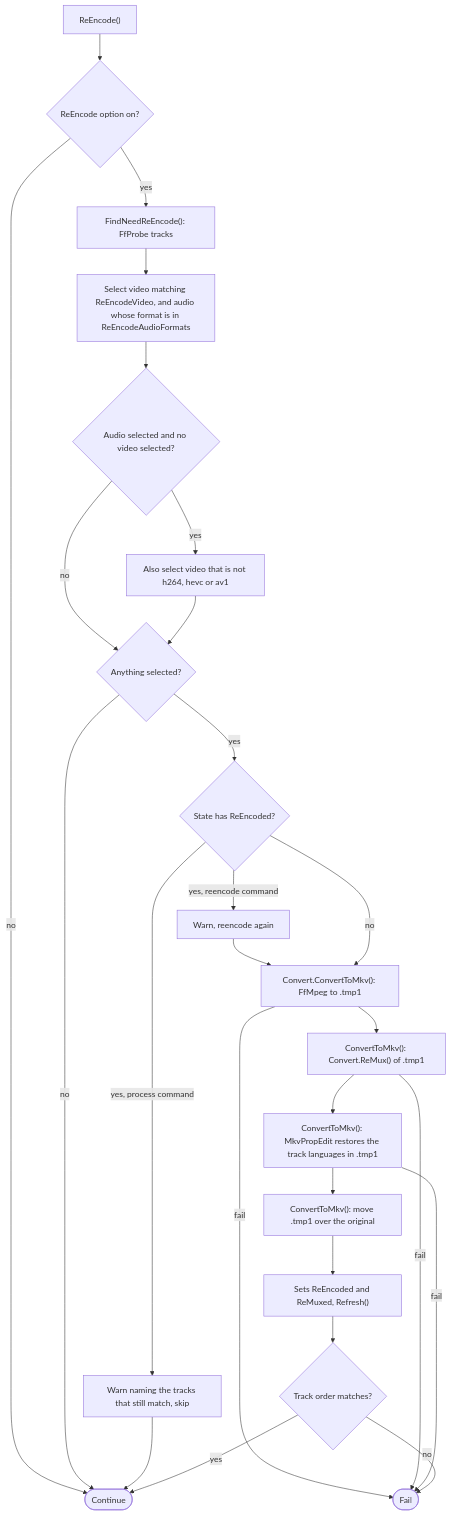
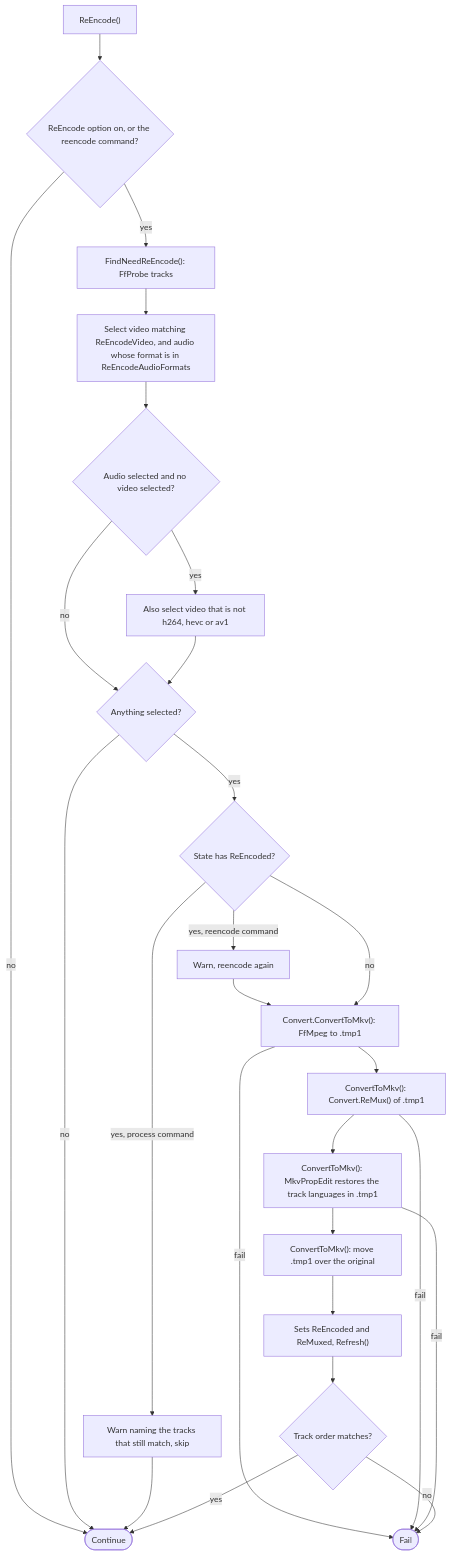
Diagram 18 of 19 in ARCHITECTURE.md (ptr727/PlexCleaner), drawn with Mermaid before and after one commit. The commit also changed other lines of this file, not shown here.

First line of the commit message:
Scope the Remux and Command Branches in ARCHITECTURE.md

````diff
--- a/ARCHITECTURE.md
+++ b/ARCHITECTURE.md
@@ -717,28 +717,28 @@
 ```mermaid
 flowchart TD
-  A0["ReEncode()"] --> A1{"ReEncode option on?"}
+  A0["ReEncode()"] --> A1{"ReEncode option on, or the reencode command?"}
   A1 -->|no| AOK(["Continue"])
   A1 -->|yes| S0["FindNeedReEncode(): FfProbe tracks"]
   S0 --> S1["Select video matching ReEncodeVideo, and audio whose format is in ReEncodeAudioFormats"]
   S1 --> S2{"Audio selected and no video selected?"}
   S2 -->|yes| S3["Also select video that is not h264, hevc or av1"]
   S2 -->|no| S4
   S3 --> S4{"Anything selected?"}
   S4 -->|no| AOK
   S4 -->|yes| S5{"State has ReEncoded?"}
   S5 -->|"yes, process command"| SKIP["Warn naming the tracks that still match, skip"]
   SKIP --> AOK
   S5 -->|"yes, reencode command"| AGAIN["Warn, reencode again"]
   AGAIN --> C1
   S5 -->|no| C1["Convert.ConvertToMkv(): FfMpeg to .tmp1"]
   C1 -->|fail| FAIL(["Fail"])
   C1 --> C2["ConvertToMkv(): Convert.ReMux() of .tmp1"]
   C2 -->|fail| FAIL
   C2 --> C3["ConvertToMkv(): MkvPropEdit restores the track languages in .tmp1"]
   C3 -->|fail| FAIL
   C3 --> C6["ConvertToMkv(): move .tmp1 over the original"]
   C6 --> C4["Sets ReEncoded and ReMuxed, Refresh()"]
   C4 --> C5{"Track order matches?"}
   C5 -->|no| FAIL
   C5 -->|yes| AOK
 ```
````
